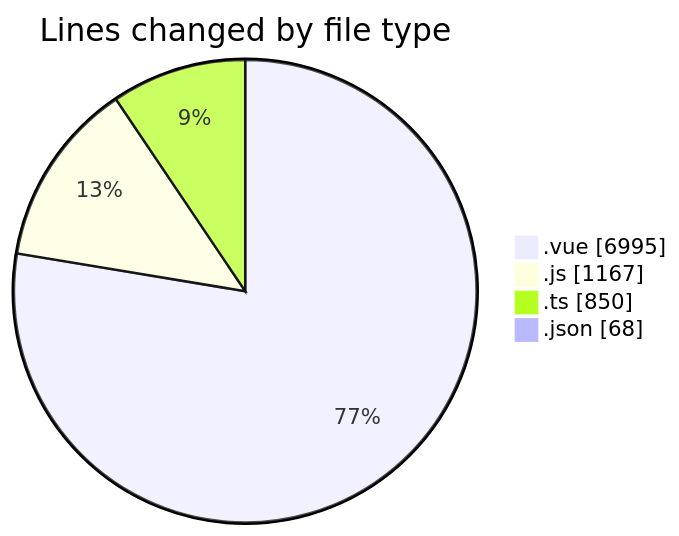
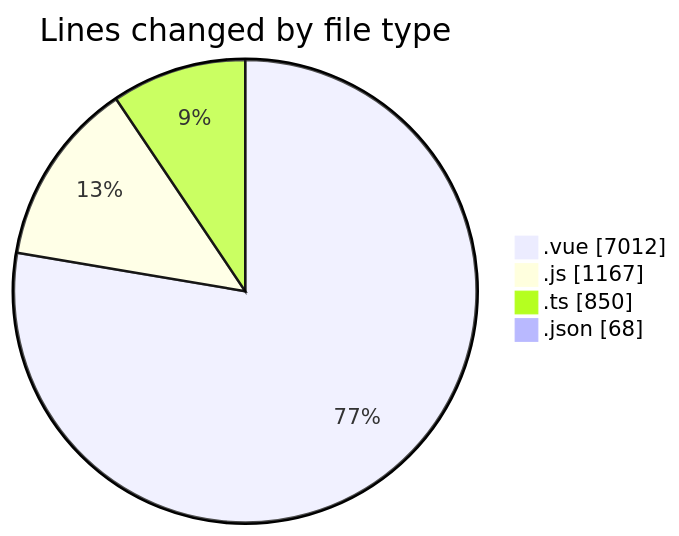
The first of 2 diagrams in 2025-08-12/rentotp/README.md (lephambinh05/code-tracking), drawn with Mermaid before and after one commit. The commit also changed other lines of this file and 1 other file, not shown here.

````diff
--- a/2025-08-12/rentotp/README.md
+++ b/2025-08-12/rentotp/README.md
@@ -45,8 +45,8 @@
 ```mermaid
 pie showData
 title Lines changed by file type
-".vue" : 6995
+".vue" : 7012
 ".js" : 1167
 ".ts" : 850
 ".json" : 68
 ```
````
